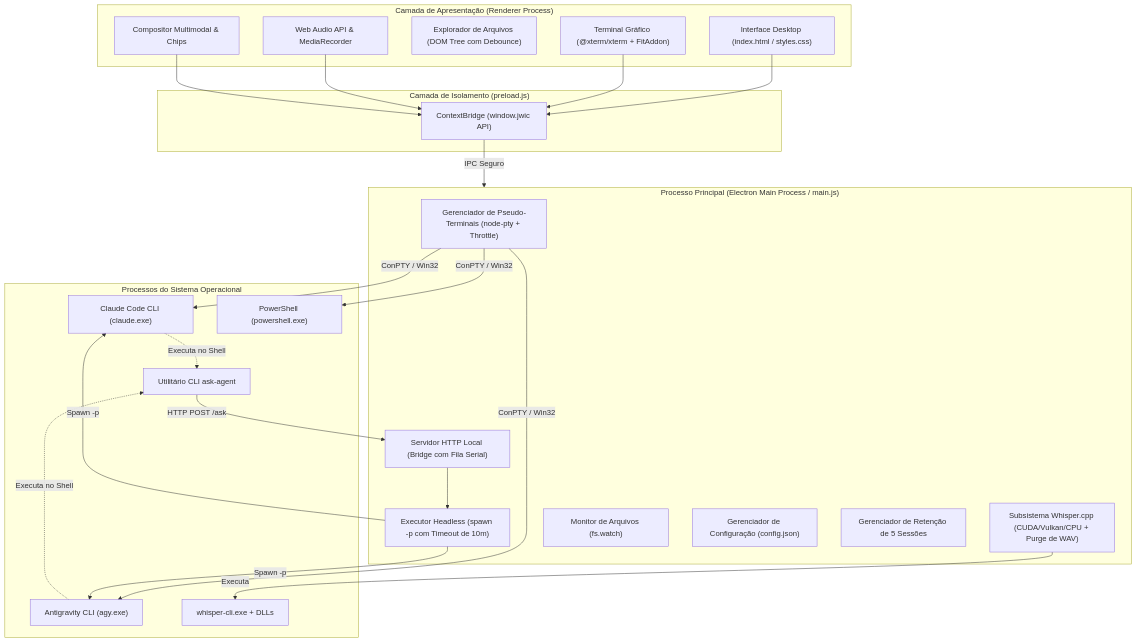
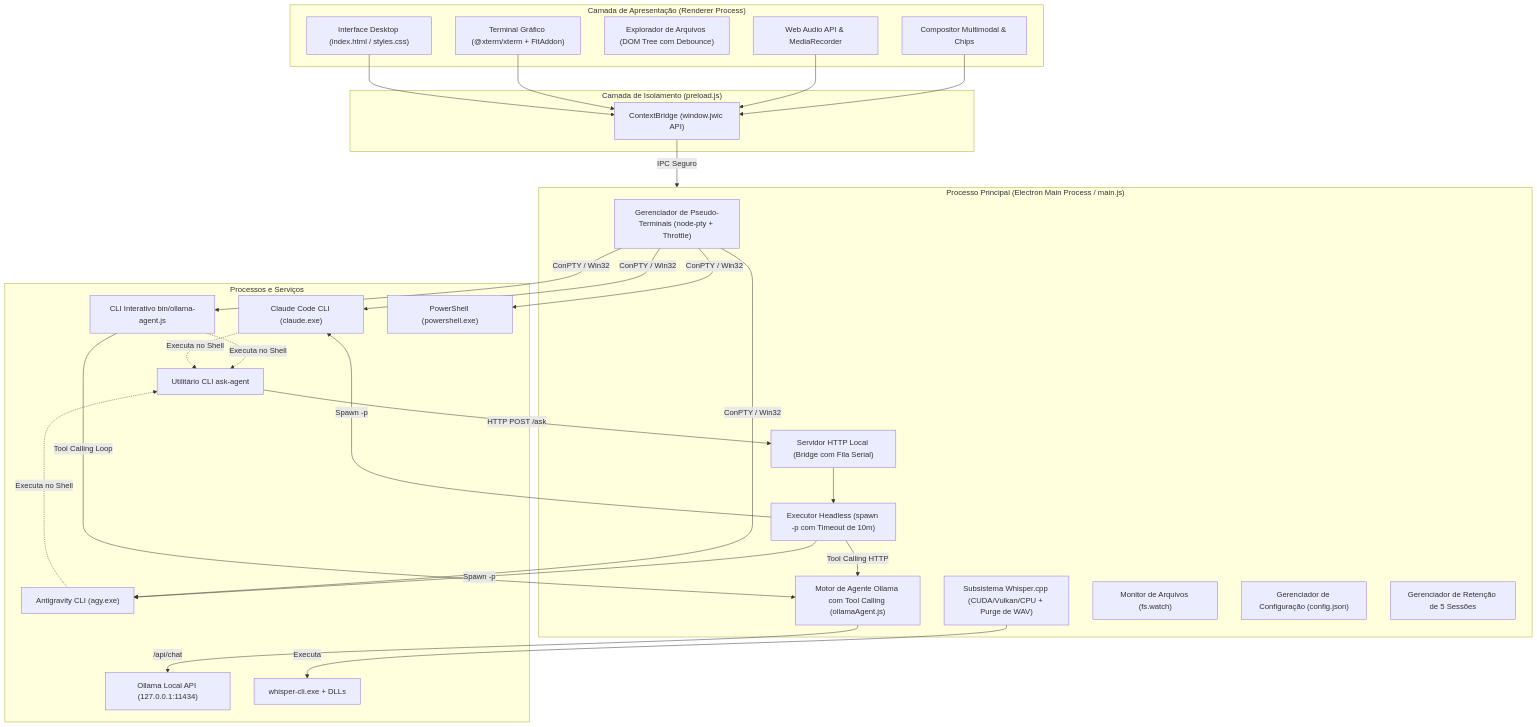
Before and after one commit to pattrickn0/AgentDeck: the diagram in documentation/architecture.md, drawn with Mermaid. The commit also changed other lines of this file and 16 other files, not shown here.

First line of the commit message:
feat: integrate Ollama local autonomous agent, tools execution and UI enhancements

````diff
--- a/documentation/architecture.md
+++ b/documentation/architecture.md
@@ -11,51 +11,59 @@
 ```mermaid
 flowchart TD
     subgraph UI ["Camada de Apresentação (Renderer Process)"]
         DOM["Interface Desktop (index.html / styles.css)"]
         XTerm["Terminal Gráfico (@xterm/xterm + FitAddon)"]
         Tree["Explorador de Arquivos (DOM Tree com Debounce)"]
         WebAudio["Web Audio API & MediaRecorder"]
         Composer["Compositor Multimodal & Chips"]
     end
 
     subgraph Preload ["Camada de Isolamento (preload.js)"]
         Bridge["ContextBridge (window.jwic API)"]
     end
 
     subgraph Backend ["Processo Principal (Electron Main Process / main.js)"]
         PTYMgr["Gerenciador de Pseudo-Terminais (node-pty + Throttle)"]
         HTTPBridge["Servidor HTTP Local (Bridge com Fila Serial)"]
         HeadlessRunner["Executor Headless (spawn -p com Timeout de 10m)"]
+        OllamaAgent["Motor de Agente Ollama com Tool Calling (ollamaAgent.js)"]
         WhisperSub["Subsistema Whisper.cpp (CUDA/Vulkan/CPU + Purge de WAV)"]
         FSWatcher["Monitor de Arquivos (fs.watch)"]
         ConfigMgr["Gerenciador de Configuração (config.json)"]
         SessionMgr["Gerenciador de Retenção de 5 Sessões"]
     end
 
-    subgraph External ["Processos do Sistema Operacional"]
+    subgraph External ["Processos e Serviços"]
         ClaudeCLI["Claude Code CLI (claude.exe)"]
         AgyCLI["Antigravity CLI (agy.exe)"]
+        OllamaCLI["CLI Interativo bin/ollama-agent.js"]
+        OllamaAPI["Ollama Local API (127.0.0.1:11434)"]
         ShellCLI["PowerShell (powershell.exe)"]
         AskAgent["Utilitário CLI ask-agent"]
         WhisperBinary["whisper-cli.exe + DLLs"]
     end
 
     DOM --> Bridge
     XTerm --> Bridge
     WebAudio --> Bridge
     Composer --> Bridge
     Bridge -->|IPC Seguro| Backend
 
     PTYMgr -->|ConPTY / Win32| ClaudeCLI
     PTYMgr -->|ConPTY / Win32| AgyCLI
+    PTYMgr -->|ConPTY / Win32| OllamaCLI
     PTYMgr -->|ConPTY / Win32| ShellCLI
 
     ClaudeCLI -.->|Executa no Shell| AskAgent
     AgyCLI -.->|Executa no Shell| AskAgent
+    OllamaCLI -.->|Executa no Shell| AskAgent
     AskAgent -->|HTTP POST /ask| HTTPBridge
     HTTPBridge --> HeadlessRunner
     HeadlessRunner -->|Spawn -p| ClaudeCLI
     HeadlessRunner -->|Spawn -p| AgyCLI
+    HeadlessRunner -->|Tool Calling HTTP| OllamaAgent
+    OllamaAgent -->|/api/chat| OllamaAPI
+    OllamaCLI -->|Tool Calling Loop| OllamaAgent
 
     WhisperSub -->|Executa| WhisperBinary
 ```
````
